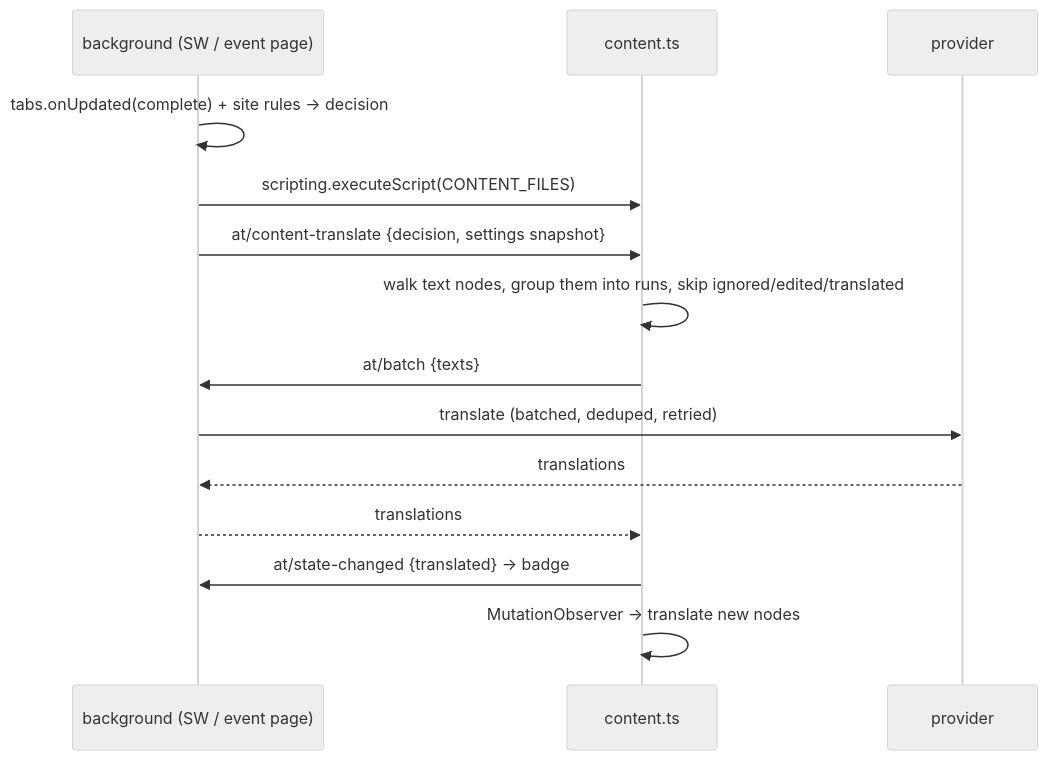
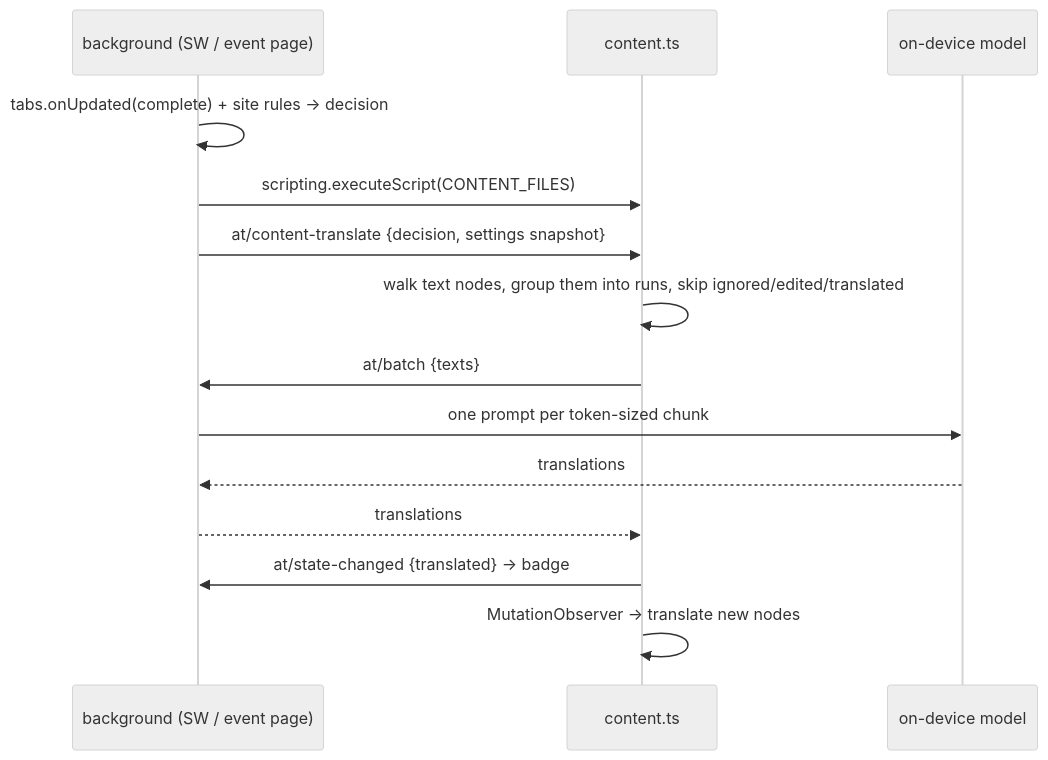
One commit to hanana-kick/Autotranslate changed the diagram in README.md. Above: the diagram before and after it, drawn with Mermaid (neutral theme). The commit also changed other lines of this file and 25 other files, not shown here.

First line of the commit message:
Remove the cloud providers: the on-device model is the only engine

````diff
--- a/README.md
+++ b/README.md
@@ -132,16 +131,16 @@
 ```mermaid
 sequenceDiagram
   participant BG as background (SW / event page)
   participant CS as content.ts
-  participant PV as provider
+  participant PV as on-device model
   BG->>BG: tabs.onUpdated(complete) + site rules -> decision
   BG->>CS: scripting.executeScript(CONTENT_FILES)
   BG->>CS: at/content-translate {decision, settings snapshot}
   CS->>CS: walk text nodes, group them into runs, skip ignored/edited/translated
   CS->>BG: at/batch {texts}
-  BG->>PV: translate (batched, deduped, retried)
+  BG->>PV: one prompt per token-sized chunk
   PV-->>BG: translations
   BG-->>CS: translations
   CS->>BG: at/state-changed {translated} -> badge
   CS->>CS: MutationObserver -> translate new nodes
 ```
````
